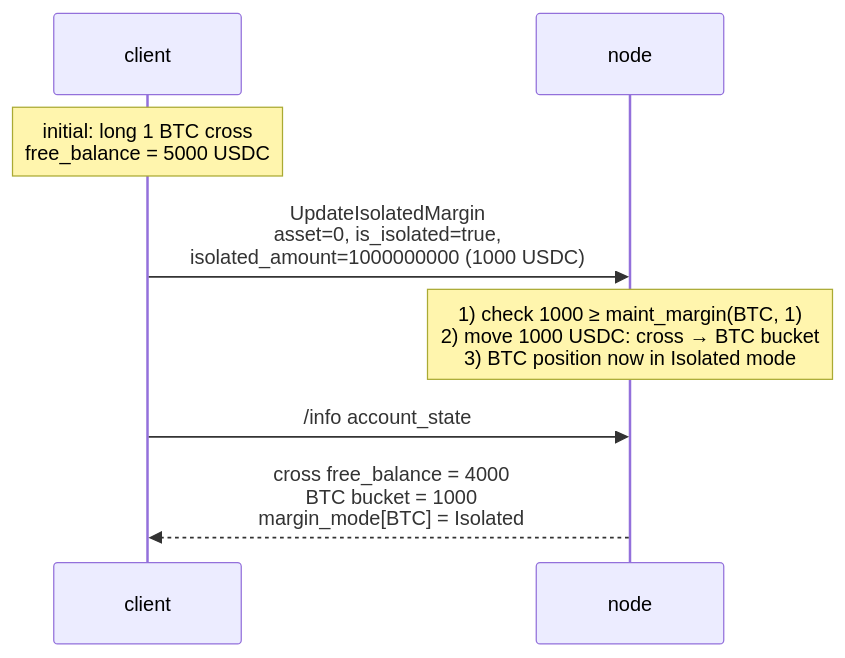
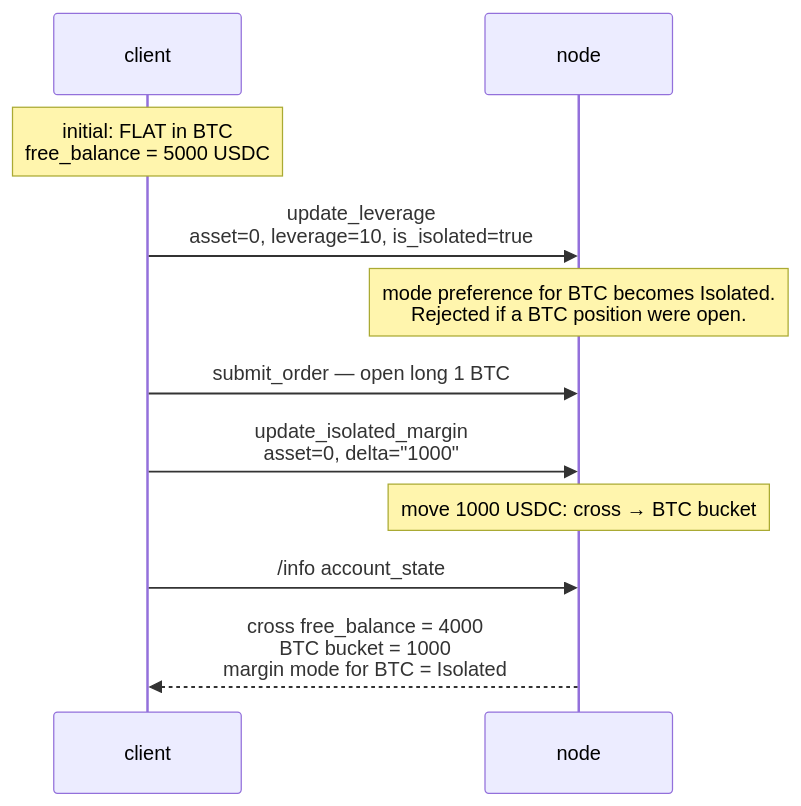
One commit to mtf-exchange/metaflux-knowledges changed the fourth of 4 diagrams in docs/concepts/margin-modes.md. Above: the diagram before and after it, drawn with Mermaid. The commit also changed other lines of this file and 31 other files, not shown here.

````diff
--- a/docs/concepts/margin-modes.md
+++ b/docs/concepts/margin-modes.md
@@ -214,10 +233,13 @@
 ```mermaid
 sequenceDiagram
     participant client
     participant node
-    Note over client: initial: long 1 BTC cross<br/>free_balance = 5000 USDC
-    client->>node: UpdateIsolatedMargin<br/>asset=0, is_isolated=true,<br/>isolated_amount=1000000000 (1000 USDC)
-    Note over node: 1) check 1000 ≥ maint_margin(BTC, 1)<br/>2) move 1000 USDC: cross → BTC bucket<br/>3) BTC position now in Isolated mode
+    Note over client: initial: FLAT in BTC<br/>free_balance = 5000 USDC
+    client->>node: update_leverage<br/>asset=0, leverage=10, is_isolated=true
+    Note over node: mode preference for BTC becomes Isolated.<br/>Rejected if a BTC position were open.
+    client->>node: submit_order — open long 1 BTC
+    client->>node: update_isolated_margin<br/>asset=0, delta="1000"
+    Note over node: move 1000 USDC: cross → BTC bucket
     client->>node: /info account_state
-    node-->>client: cross free_balance = 4000<br/>BTC bucket = 1000<br/>margin_mode[BTC] = Isolated
+    node-->>client: cross free_balance = 4000<br/>BTC bucket = 1000<br/>margin mode for BTC = Isolated
 ```
````
